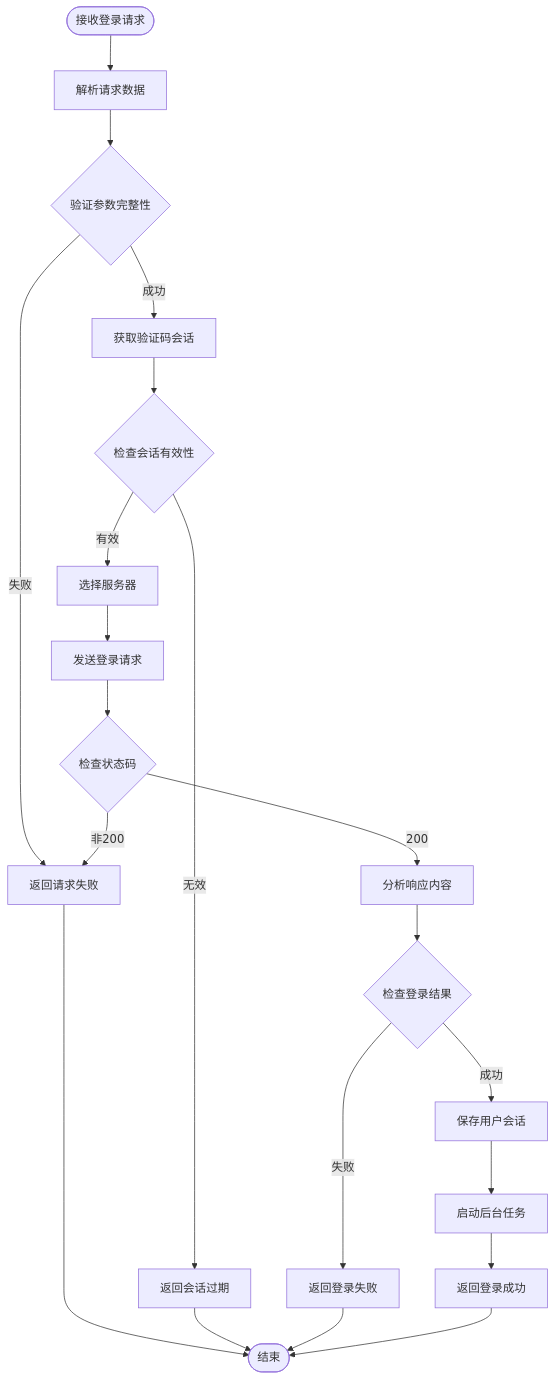
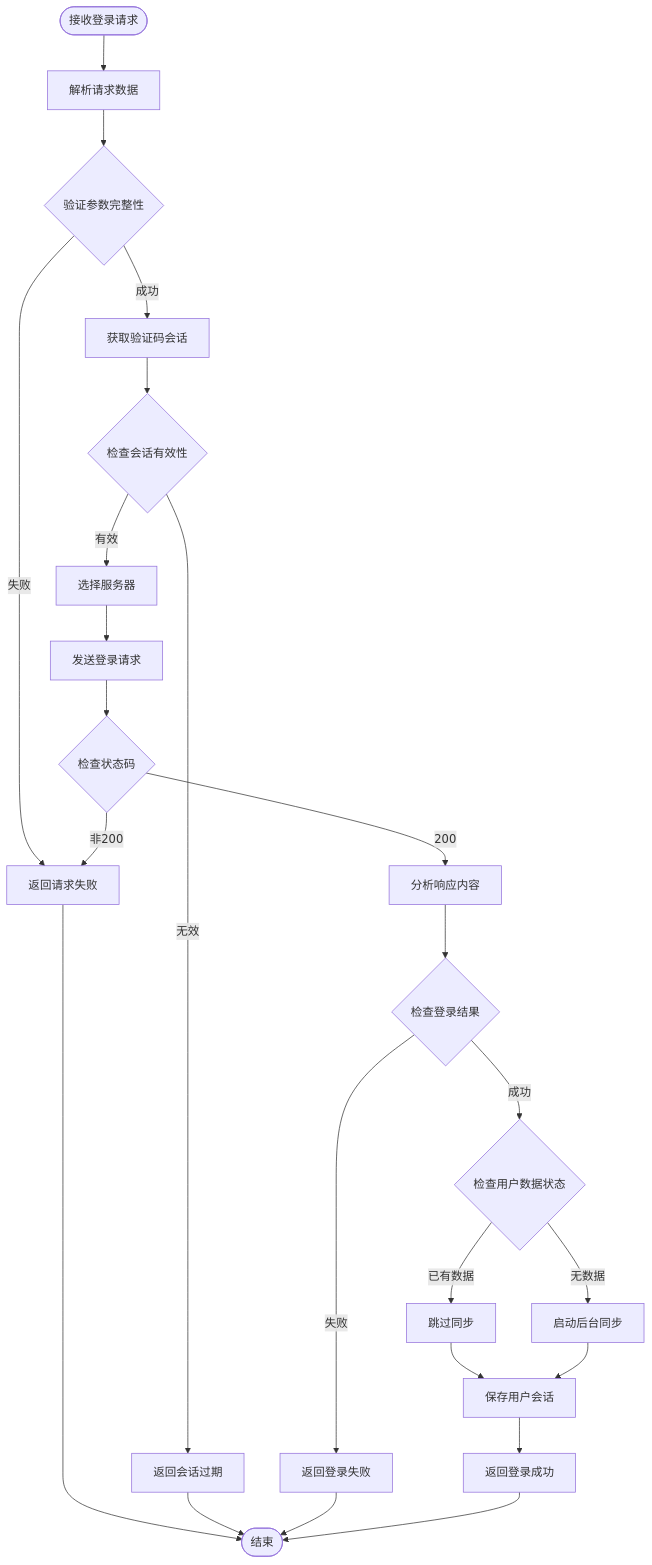
One commit to ghbbn053-ship-itsoulddog/soulddog changed the sixth of 11 diagrams in .qoder/repowiki/zh/content/前端应用文档/登录页面与认证流程.md. Above: the diagram before and after it, drawn with Mermaid. The commit also changed other lines of this file and 8 other files, not shown here.

````diff
--- a/.qoder/repowiki/zh/content/前端应用文档/登录页面与认证流程.md
+++ b/.qoder/repowiki/zh/content/前端应用文档/登录页面与认证流程.md
@@ -278,23 +322,26 @@
 ```mermaid
 flowchart TD
 Start([接收登录请求]) --> ParseData[解析请求数据]
 ParseData --> ValidateParams{验证参数完整性}
 ValidateParams --> |失败| ReturnError[返回参数错误]
 ValidateParams --> |成功| GetSession[获取验证码会话]
 GetSession --> CheckSession{检查会话有效性}
 CheckSession --> |无效| ReturnExpired[返回会话过期]
 CheckSession --> |有效| SelectServer[选择服务器]
 SelectServer --> SendLogin[发送登录请求]
 SendLogin --> CheckStatusCode{检查状态码}
 CheckStatusCode --> |非200| ReturnError[返回请求失败]
 CheckStatusCode --> |200| AnalyzeResponse[分析响应内容]
 AnalyzeResponse --> CheckLoginResult{检查登录结果}
 CheckLoginResult --> |失败| ReturnFailure[返回登录失败]
-CheckLoginResult --> |成功| SaveSession[保存用户会话]
-SaveSession --> StartBackgroundTask[启动后台任务]
-StartBackgroundTask --> ReturnSuccess[返回登录成功]
+CheckLoginResult --> |成功| CheckUserData{检查用户数据状态}
+CheckUserData --> |已有数据| SkipSync[跳过同步]
+CheckUserData --> |无数据| StartSync[启动后台同步]
+SkipSync --> SaveSession[保存用户会话]
+StartSync --> SaveSession
+SaveSession --> ReturnSuccess[返回登录成功]
 ReturnError --> End([结束])
 ReturnExpired --> End
 ReturnFailure --> End
 ReturnSuccess --> End
 ```
````
